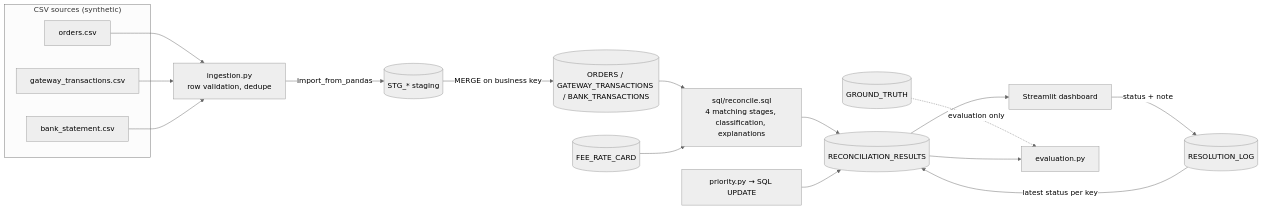
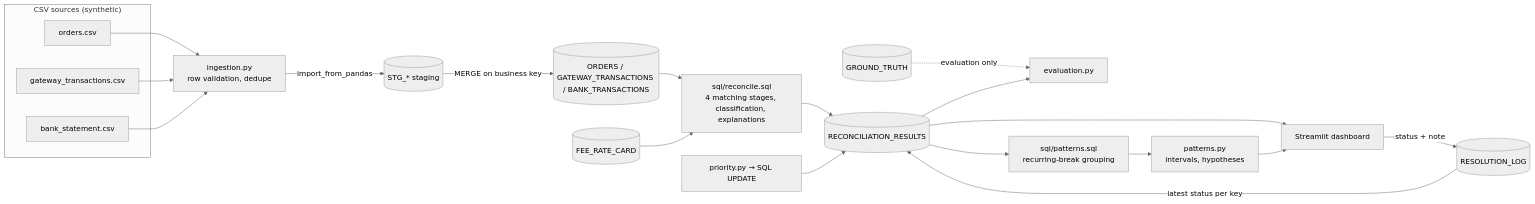
Before and after one commit to POOJIKASRI-V-29/Truva: the diagram in README.md, drawn with Mermaid (neutral theme). The commit also changed other lines of this file and 21 other files, not shown here.

Commit message:
feat: rebrand Kanakku as Truva and add recurring-break intelligence

````diff
--- a/README.md
+++ b/README.md
@@ -75,20 +77,23 @@
 ```mermaid
 flowchart LR
     subgraph Sources["CSV sources (synthetic)"]
         O[orders.csv]
         G[gateway_transactions.csv]
         B[bank_statement.csv]
     end
     O & G & B --> V["ingestion.py<br/>row validation, dedupe"]
     V -->|import_from_pandas| S[(STG_* staging)]
     S -->|MERGE on business key| T[(ORDERS / GATEWAY_TRANSACTIONS / BANK_TRANSACTIONS)]
     T --> R["sql/reconcile.sql<br/>4 matching stages, classification, explanations"]
     RC[(FEE_RATE_CARD)] --> R
     R --> RR[(RECONCILIATION_RESULTS)]
     P["priority.py → SQL UPDATE"] --> RR
     RL[(RESOLUTION_LOG)] -->|latest status per key| RR
     RR --> UI["Streamlit dashboard"]
     UI -->|status + note| RL
     GT[(GROUND_TRUTH)] -.->|evaluation only| E["evaluation.py"]
     RR --> E
+    RR --> PT["sql/patterns.sql<br/>recurring-break grouping"]
+    PT --> PY["patterns.py<br/>intervals, hypotheses"]
+    PY --> UI
 ```
````
